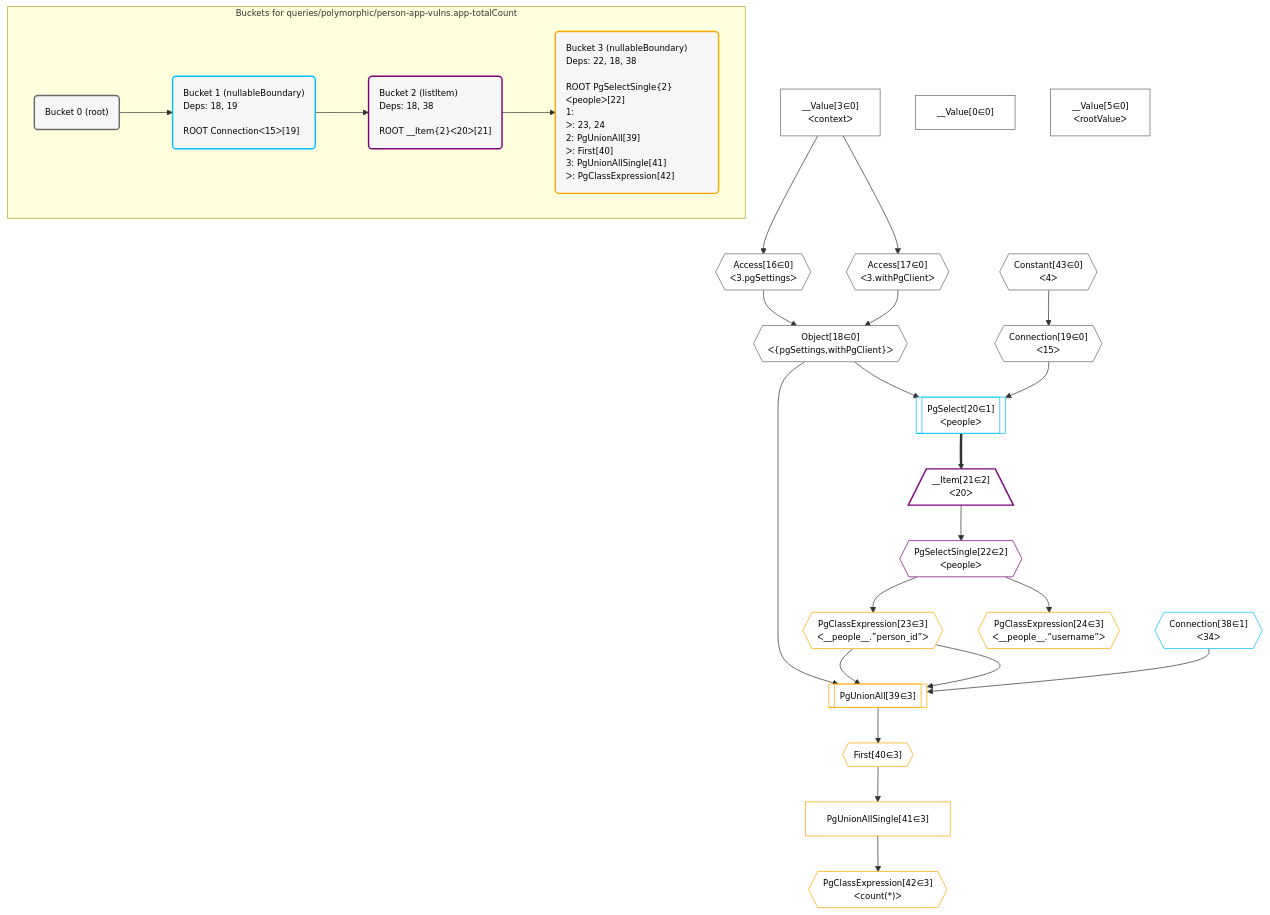
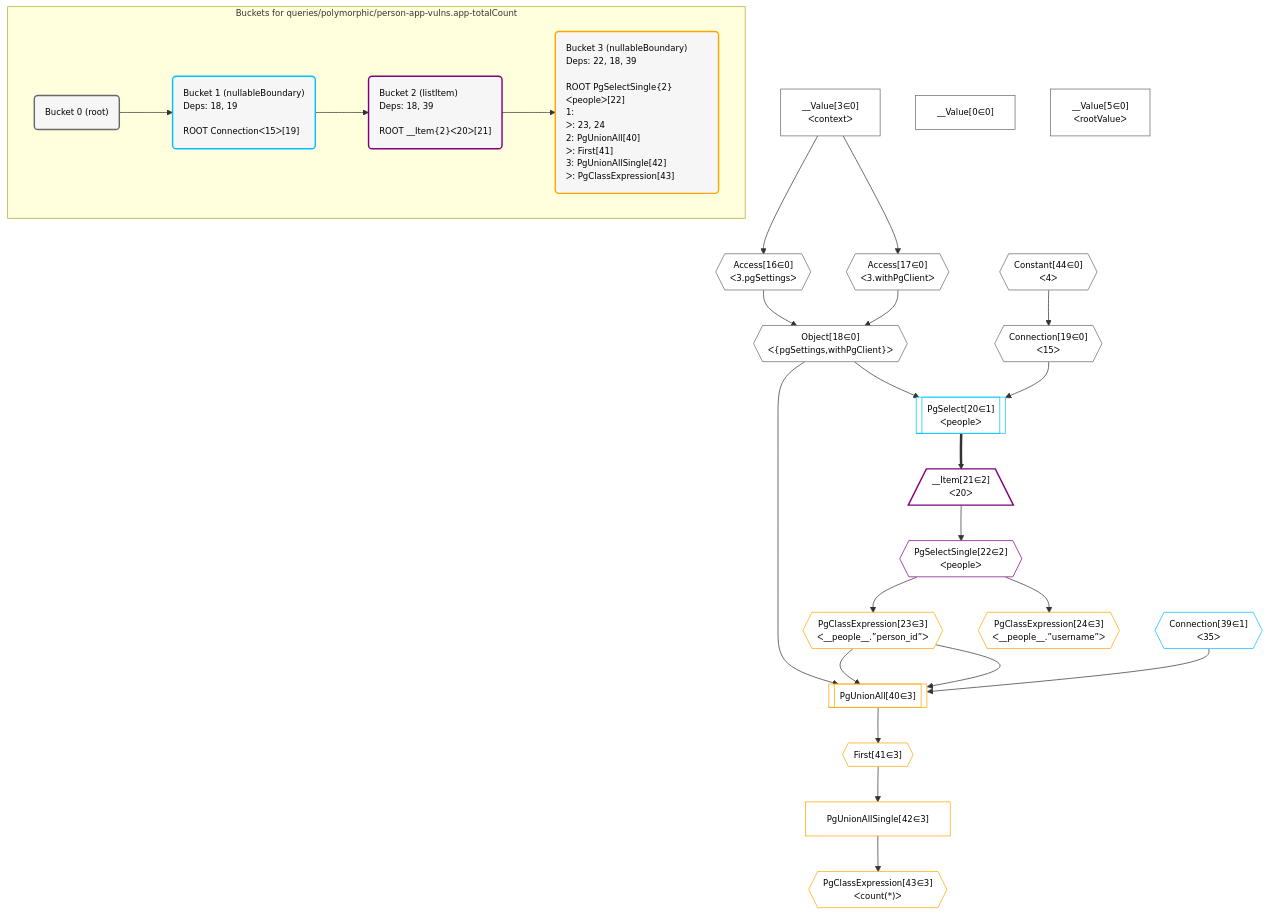
One commit to graphile/crystal changed the diagram in postgraphile/postgraphile/__tests__/queries/polymorphic/person-app-vulns.app-totalCount.mermaid. Above: the diagram before and after it, drawn with Mermaid. The commit also changed 11 other files, not shown here.

Commit message:
Update mermaid plan diagrams and schema snapshots

```diff
--- a/postgraphile/postgraphile/__tests__/queries/polymorphic/person-app-vulns.app-totalCount.mermaid
+++ b/postgraphile/postgraphile/__tests__/queries/polymorphic/person-app-vulns.app-totalCount.mermaid
@@ -1,62 +1,62 @@
 %%{init: {'themeVariables': { 'fontSize': '12px'}}}%%
 graph TD
     classDef path fill:#eee,stroke:#000,color:#000
     classDef plan fill:#fff,stroke-width:1px,color:#000
     classDef itemplan fill:#fff,stroke-width:2px,color:#000
     classDef unbatchedplan fill:#dff,stroke-width:1px,color:#000
     classDef sideeffectplan fill:#fcc,stroke-width:2px,color:#000
     classDef bucket fill:#f6f6f6,color:#000,stroke-width:2px,text-align:left
 
 
     %% plan dependencies
     Object18{{"Object[18∈0]<br />ᐸ{pgSettings,withPgClient}ᐳ"}}:::plan
     Access16{{"Access[16∈0]<br />ᐸ3.pgSettingsᐳ"}}:::plan
     Access17{{"Access[17∈0]<br />ᐸ3.withPgClientᐳ"}}:::plan
     Access16 & Access17 --> Object18
     __Value3["__Value[3∈0]<br />ᐸcontextᐳ"]:::plan
     __Value3 --> Access16
     __Value3 --> Access17
     Connection19{{"Connection[19∈0]<br />ᐸ15ᐳ"}}:::plan
-    Constant43{{"Constant[43∈0]<br />ᐸ4ᐳ"}}:::plan
-    Constant43 --> Connection19
+    Constant44{{"Constant[44∈0]<br />ᐸ4ᐳ"}}:::plan
+    Constant44 --> Connection19
     __Value0["__Value[0∈0]"]:::plan
     __Value5["__Value[5∈0]<br />ᐸrootValueᐳ"]:::plan
     PgSelect20[["PgSelect[20∈1]<br />ᐸpeopleᐳ"]]:::plan
     Object18 & Connection19 --> PgSelect20
-    Connection38{{"Connection[38∈1]<br />ᐸ34ᐳ"}}:::plan
+    Connection39{{"Connection[39∈1]<br />ᐸ35ᐳ"}}:::plan
     __Item21[/"__Item[21∈2]<br />ᐸ20ᐳ"\]:::itemplan
     PgSelect20 ==> __Item21
     PgSelectSingle22{{"PgSelectSingle[22∈2]<br />ᐸpeopleᐳ"}}:::plan
     __Item21 --> PgSelectSingle22
-    PgUnionAll39[["PgUnionAll[39∈3]"]]:::plan
+    PgUnionAll40[["PgUnionAll[40∈3]"]]:::plan
     PgClassExpression23{{"PgClassExpression[23∈3]<br />ᐸ__people__.”person_id”ᐳ"}}:::plan
-    Object18 & PgClassExpression23 & PgClassExpression23 & Connection38 --> PgUnionAll39
+    Object18 & PgClassExpression23 & PgClassExpression23 & Connection39 --> PgUnionAll40
     PgSelectSingle22 --> PgClassExpression23
     PgClassExpression24{{"PgClassExpression[24∈3]<br />ᐸ__people__.”username”ᐳ"}}:::plan
     PgSelectSingle22 --> PgClassExpression24
-    First40{{"First[40∈3]"}}:::plan
-    PgUnionAll39 --> First40
-    PgUnionAllSingle41["PgUnionAllSingle[41∈3]"]:::plan
-    First40 --> PgUnionAllSingle41
-    PgClassExpression42{{"PgClassExpression[42∈3]<br />ᐸcount(*)ᐳ"}}:::plan
-    PgUnionAllSingle41 --> PgClassExpression42
+    First41{{"First[41∈3]"}}:::plan
+    PgUnionAll40 --> First41
+    PgUnionAllSingle42["PgUnionAllSingle[42∈3]"]:::plan
+    First41 --> PgUnionAllSingle42
+    PgClassExpression43{{"PgClassExpression[43∈3]<br />ᐸcount(*)ᐳ"}}:::plan
+    PgUnionAllSingle42 --> PgClassExpression43
 
     %% define steps
 
     subgraph "Buckets for queries/polymorphic/person-app-vulns.app-totalCount"
     Bucket0("Bucket 0 (root)"):::bucket
     classDef bucket0 stroke:#696969
-    class Bucket0,__Value0,__Value3,__Value5,Access16,Access17,Object18,Connection19,Constant43 bucket0
+    class Bucket0,__Value0,__Value3,__Value5,Access16,Access17,Object18,Connection19,Constant44 bucket0
     Bucket1("Bucket 1 (nullableBoundary)<br />Deps: 18, 19<br /><br />ROOT Connectionᐸ15ᐳ[19]"):::bucket
     classDef bucket1 stroke:#00bfff
-    class Bucket1,PgSelect20,Connection38 bucket1
-    Bucket2("Bucket 2 (listItem)<br />Deps: 18, 38<br /><br />ROOT __Item{2}ᐸ20ᐳ[21]"):::bucket
+    class Bucket1,PgSelect20,Connection39 bucket1
+    Bucket2("Bucket 2 (listItem)<br />Deps: 18, 39<br /><br />ROOT __Item{2}ᐸ20ᐳ[21]"):::bucket
     classDef bucket2 stroke:#7f007f
     class Bucket2,__Item21,PgSelectSingle22 bucket2
-    Bucket3("Bucket 3 (nullableBoundary)<br />Deps: 22, 18, 38<br /><br />ROOT PgSelectSingle{2}ᐸpeopleᐳ[22]<br />1: <br />ᐳ: 23, 24<br />2: PgUnionAll[39]<br />ᐳ: First[40]<br />3: PgUnionAllSingle[41]<br />ᐳ: PgClassExpression[42]"):::bucket
+    Bucket3("Bucket 3 (nullableBoundary)<br />Deps: 22, 18, 39<br /><br />ROOT PgSelectSingle{2}ᐸpeopleᐳ[22]<br />1: <br />ᐳ: 23, 24<br />2: PgUnionAll[40]<br />ᐳ: First[41]<br />3: PgUnionAllSingle[42]<br />ᐳ: PgClassExpression[43]"):::bucket
     classDef bucket3 stroke:#ffa500
-    class Bucket3,PgClassExpression23,PgClassExpression24,PgUnionAll39,First40,PgUnionAllSingle41,PgClassExpression42 bucket3
+    class Bucket3,PgClassExpression23,PgClassExpression24,PgUnionAll40,First41,PgUnionAllSingle42,PgClassExpression43 bucket3
     Bucket0 --> Bucket1
     Bucket1 --> Bucket2
     Bucket2 --> Bucket3
     end
```
